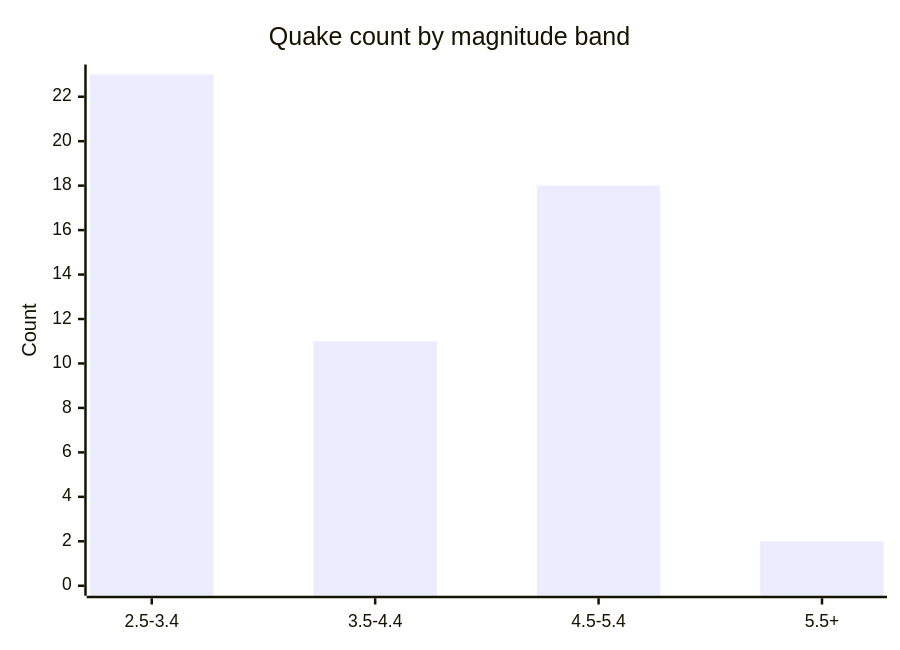
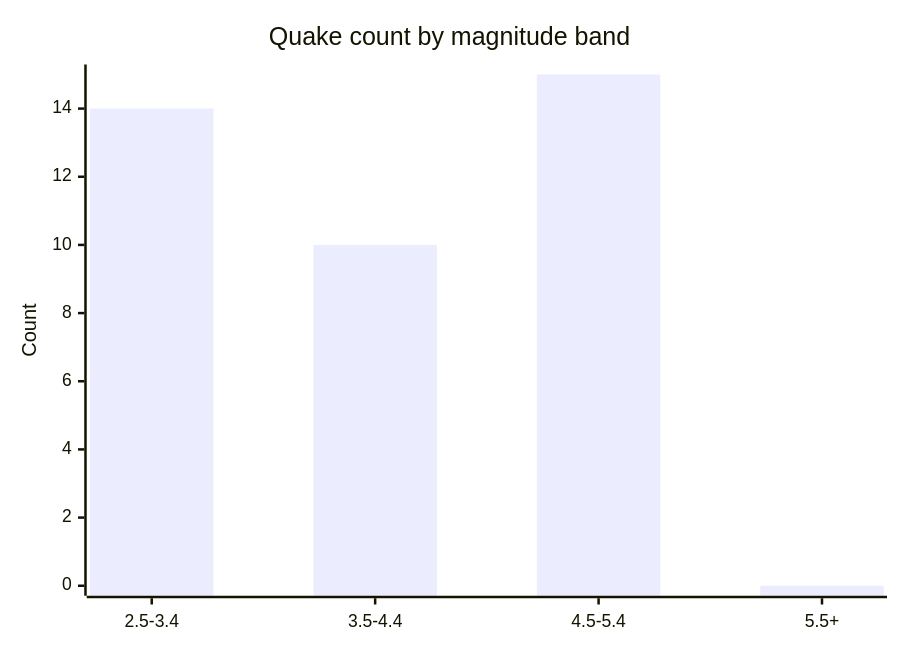
One commit to Midwest-Stratospheric/aerostratospheric-defense-gir changed the fifth of 6 diagrams in docs/GRAPHS.md. Above: the diagram before and after it, drawn with Mermaid. The commit also changed other lines of this file and 23 other files, not shown here.

````diff
--- a/docs/GRAPHS.md
+++ b/docs/GRAPHS.md
@@ -82,7 +82,7 @@
 ```mermaid
 xychart-beta
   title "Quake count by magnitude band"
   x-axis ["2.5-3.4", "3.5-4.4", "4.5-5.4", "5.5+"]
-  y-axis "Count" 0 --> 23
-  bar [23, 11, 18, 2]
+  y-axis "Count" 0 --> 15
+  bar [14, 10, 15, 0]
 ```
````
